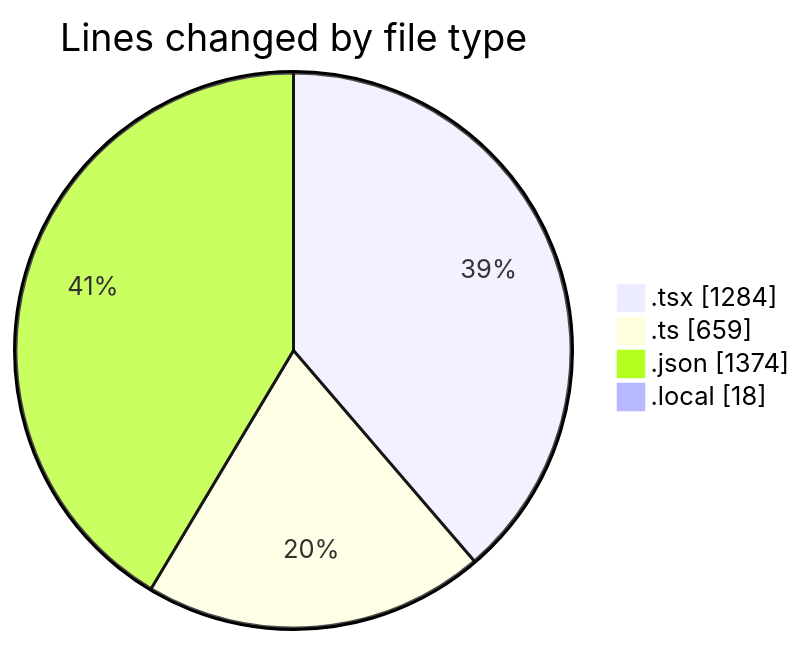
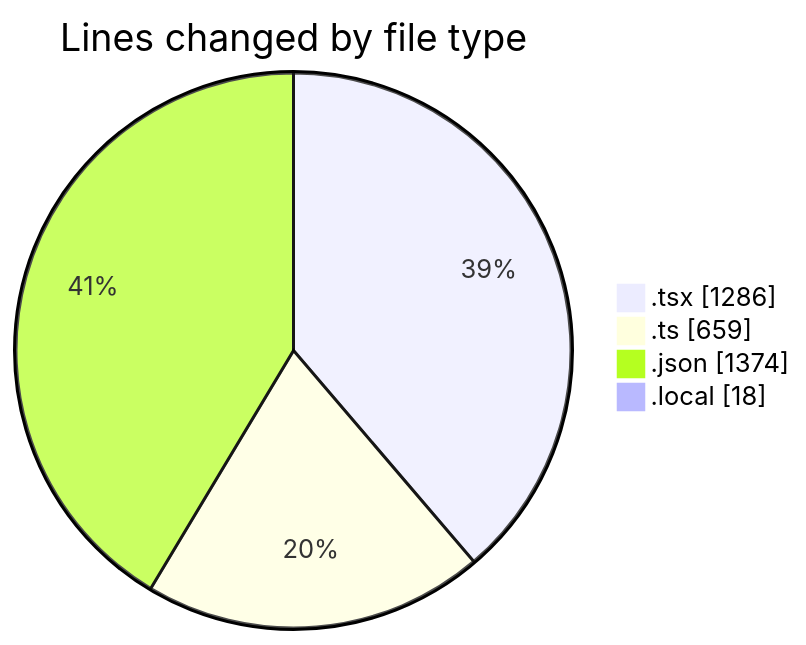
One commit to julien-gomy/code-tracking changed the first of 2 diagrams in 2025-10-16/eventscop-frontend-guide__workspace_/README.md. Above: the diagram before and after it, drawn with Mermaid. The commit also changed other lines of this file and 1 other file, not shown here.

````diff
--- a/2025-10-16/eventscop-frontend-guide__workspace_/README.md
+++ b/2025-10-16/eventscop-frontend-guide__workspace_/README.md
@@ -38,8 +38,8 @@
 ```mermaid
 pie showData
 title Lines changed by file type
-".tsx" : 1284
+".tsx" : 1286
 ".ts" : 659
 ".json" : 1374
 ".local" : 18
 ```
````
